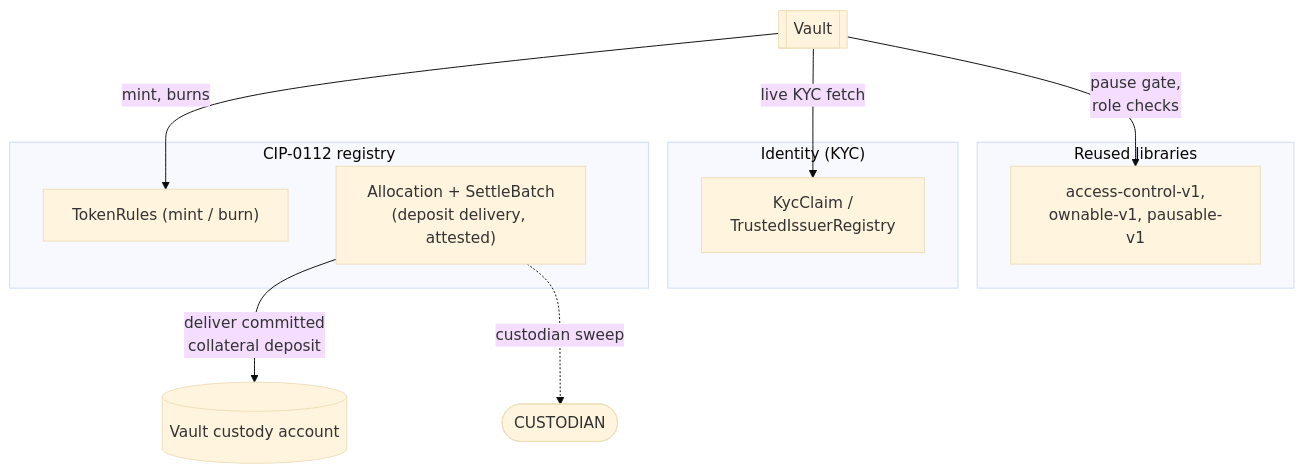
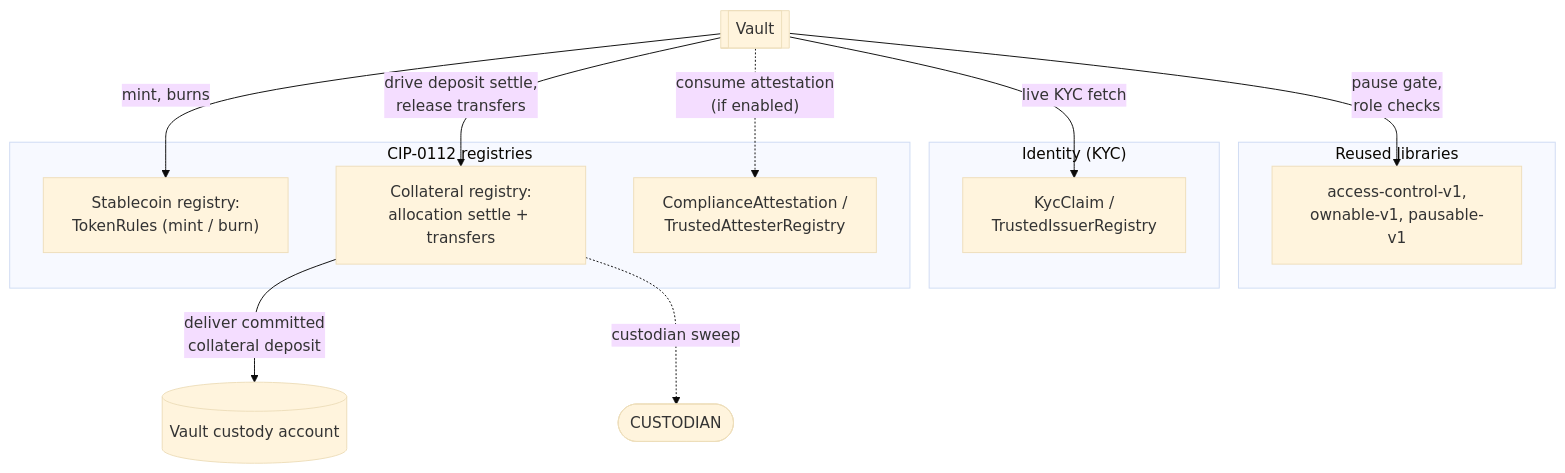
One commit to OpenZeppelin/canton-specs changed the second of 7 diagrams in docs/reference-architectures/lending.md. Above: the diagram before and after it, drawn with Mermaid (base theme). The commit also changed other lines of this file, not shown here.

````diff
--- a/docs/reference-architectures/lending.md
+++ b/docs/reference-architectures/lending.md
@@ -154,25 +155,28 @@
 ```mermaid
 flowchart TB
     Vault[["Vault"]]
     Custody[("Vault custody account")]
     Custodian([CUSTODIAN])
 
     subgraph Libraries["Reused libraries"]
         Gov["access-control-v1,<br/>ownable-v1, pausable-v1"]
     end
 
     subgraph Identity["Identity (KYC)"]
         Kyc["KycClaim /<br/>TrustedIssuerRegistry"]
     end
 
-    subgraph Rail["CIP-0112 registry"]
-        Rules["TokenRules (mint / burn)"]
-        Settle["Allocation + SettleBatch<br/>(deposit delivery, attested)"]
+    subgraph Rail["CIP-0112 registries"]
+        Rules["Stablecoin registry:<br/>TokenRules (mint / burn)"]
+        Coll["Collateral registry:<br/>allocation settle + transfers"]
+        Att["ComplianceAttestation /<br/>TrustedAttesterRegistry"]
     end
 
     Vault -->|"pause gate,<br/>role checks"| Gov
     Vault -->|"live KYC fetch"| Kyc
     Vault -->|"mint, burns"| Rules
-    Settle -->|"deliver committed<br/>collateral deposit"| Custody
-    Settle -.->|"custodian sweep"| Custodian
+    Vault -.->|"consume attestation<br/>(if enabled)"| Att
+    Vault -->|"drive deposit settle,<br/>release transfers"| Coll
+    Coll -->|"deliver committed<br/>collateral deposit"| Custody
+    Coll -.->|"custodian sweep"| Custodian
 ```
````
